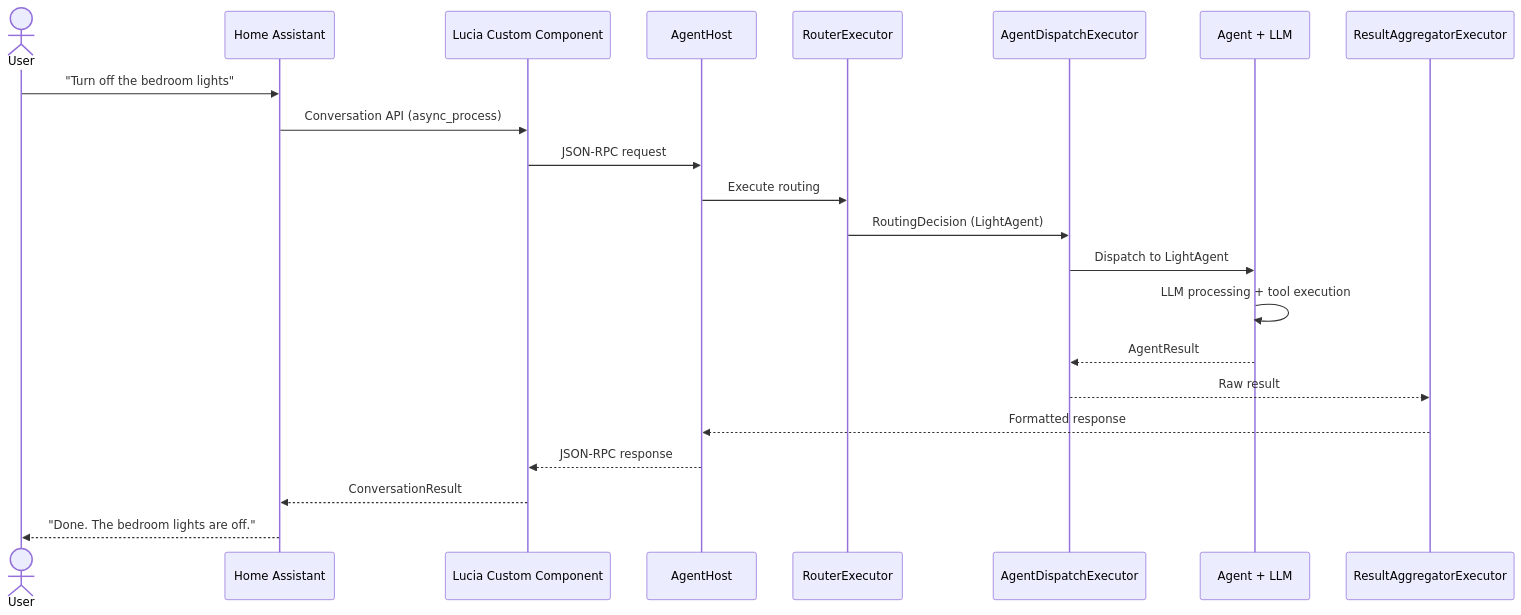
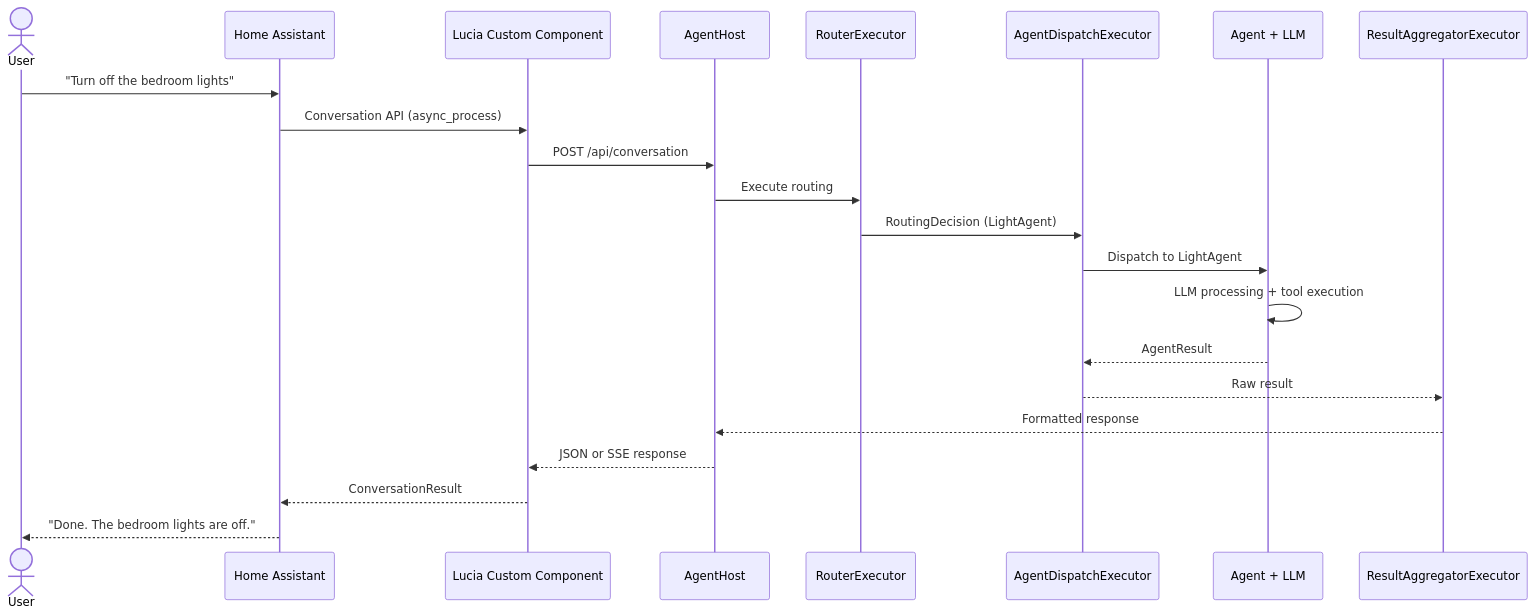
One commit to seiggy/lucia.ai changed the first of 2 diagrams in docs/architecture/data-flow.md. Above: the diagram before and after it, drawn with Mermaid. The commit also changed other lines of this file and 87 other files, not shown here.

````diff
--- a/docs/architecture/data-flow.md
+++ b/docs/architecture/data-flow.md
@@ -12,25 +12,25 @@
 ```mermaid
 sequenceDiagram
     actor U as User
     participant HA as Home Assistant
     participant CC as Lucia Custom Component
     participant AH as AgentHost
     participant R as RouterExecutor
     participant D as AgentDispatchExecutor
     participant Ag as Agent + LLM
     participant Agg as ResultAggregatorExecutor
 
     U->>HA: "Turn off the bedroom lights"
     HA->>CC: Conversation API (async_process)
-    CC->>AH: JSON-RPC request
+    CC->>AH: POST /api/conversation
     AH->>R: Execute routing
     R->>D: RoutingDecision (LightAgent)
     D->>Ag: Dispatch to LightAgent
     Ag->>Ag: LLM processing + tool execution
     Ag-->>D: AgentResult
     D-->>Agg: Raw result
     Agg-->>AH: Formatted response
-    AH-->>CC: JSON-RPC response
+    AH-->>CC: JSON or SSE response
     CC-->>HA: ConversationResult
     HA-->>U: "Done. The bedroom lights are off."
 ```
````
